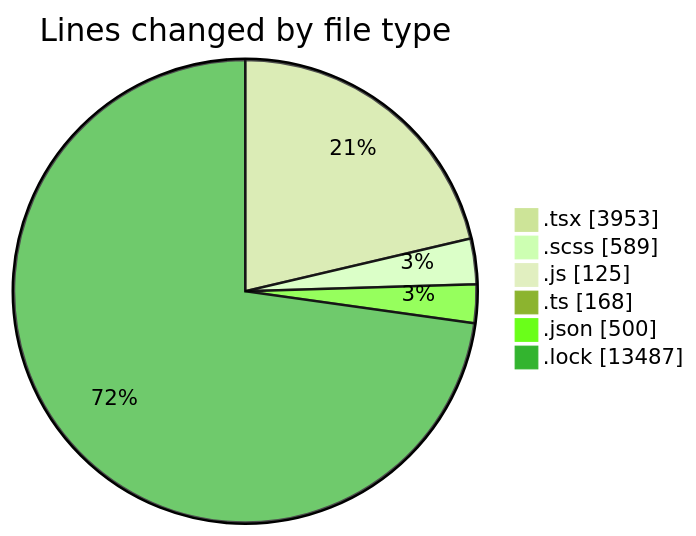
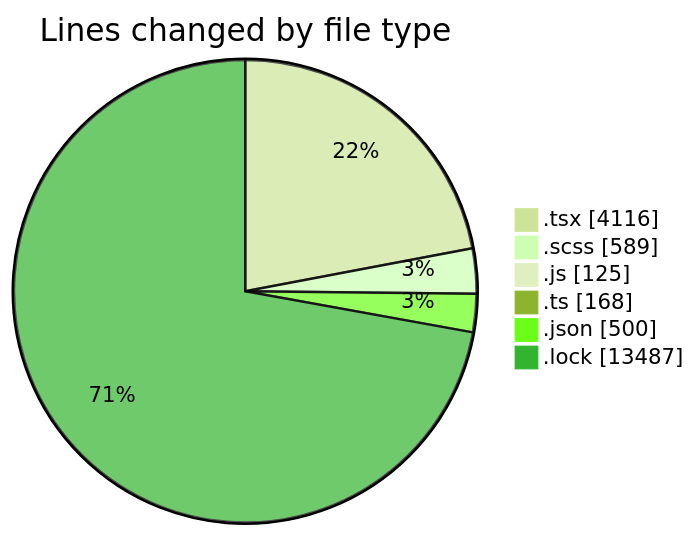
The first of 2 diagrams in 2026-04-24/cda/README.md (momahboobian/code-tracking), drawn with Mermaid (forest theme) before and after one commit. The commit also changed other lines of this file and 1 other file, not shown here.

````diff
--- a/2026-04-24/cda/README.md
+++ b/2026-04-24/cda/README.md
@@ -48,10 +48,10 @@
 ```mermaid
 pie showData
 title Lines changed by file type
-".tsx" : 3953
+".tsx" : 4116
 ".scss" : 589
 ".js" : 125
 ".ts" : 168
 ".json" : 500
 ".lock" : 13487
 ```
````
